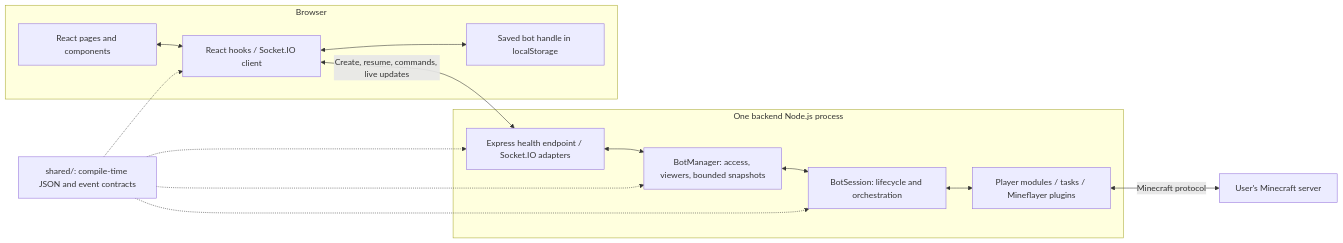
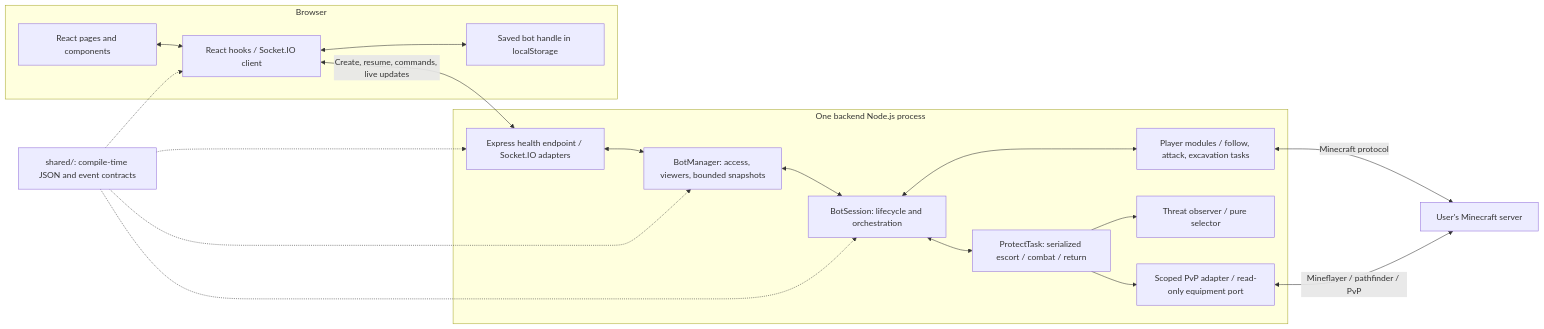
The first of 2 diagrams in README.md (zhaungsont/Kanabot), drawn with Mermaid before and after one commit. The commit also changed other lines of this file and 24 other files, not shown here.

````diff
--- a/README.md
+++ b/README.md
@@ -55,27 +55,34 @@
 ```mermaid
 flowchart LR
     subgraph Browser["Browser"]
         UI["React pages and components"]
         Hooks["React hooks / Socket.IO client"]
         Storage["Saved bot handle in localStorage"]
         UI <--> Hooks
         Hooks <--> Storage
     end
     subgraph Backend["One backend Node.js process"]
         Gateway["Express health endpoint / Socket.IO adapters"]
         Manager["BotManager: access, viewers, bounded snapshots"]
         Session["BotSession: lifecycle and orchestration"]
-        Features["Player modules / tasks / Mineflayer plugins"]
+        Features["Player modules / follow, attack, excavation tasks"]
+        Protect["ProtectTask: serialized escort / combat / return"]
+        Threats["Threat observer / pure selector"]
+        Combat["Scoped PvP adapter / read-only equipment port"]
         Gateway <--> Manager
         Manager <--> Session
         Session <--> Features
+        Session <--> Protect
+        Protect --> Threats
+        Protect --> Combat
     end
     Contracts["shared/: compile-time JSON and event contracts"]
     MC["User's Minecraft server"]
     Hooks <-->|"Create, resume, commands, live updates"| Gateway
     Features <-->|"Minecraft protocol"| MC
+    Combat <-->|"Mineflayer / pathfinder / PvP"| MC
     Contracts -.-> Hooks
     Contracts -.-> Gateway
     Contracts -.-> Manager
     Contracts -.-> Session
 ```
````
